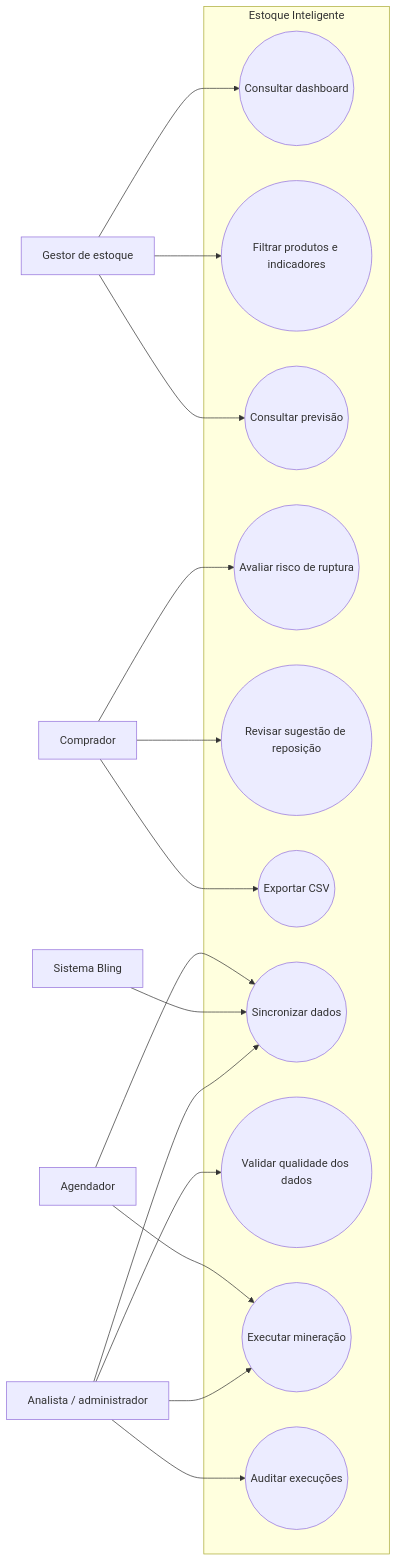
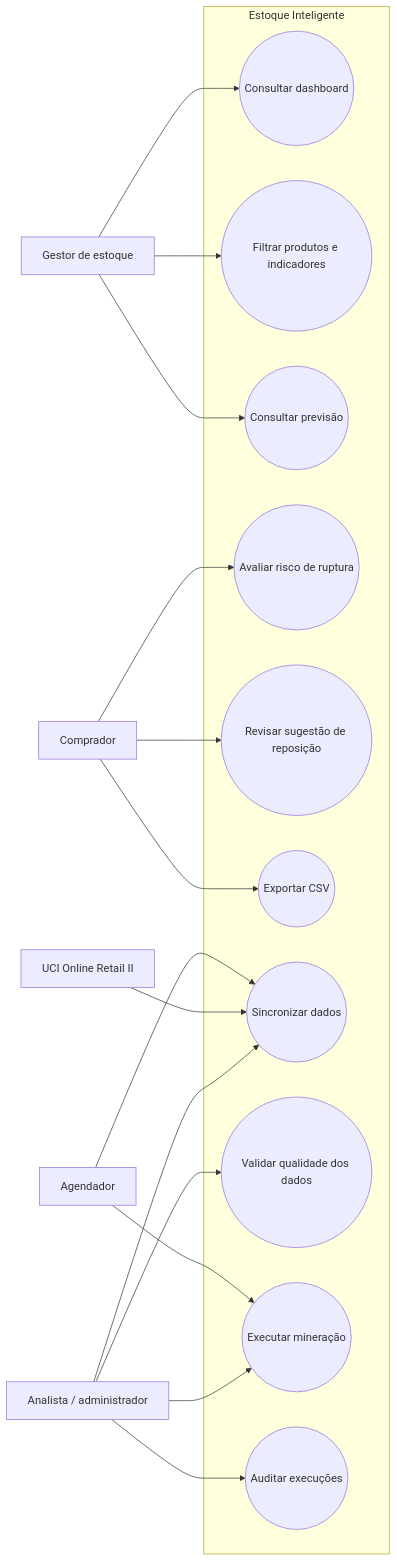
One commit to FatecFranca/DSM-G05-PI6-2026-2 changed the first of 3 diagrams in docs/02-modelagem-e-arquitetura.md. Above: the diagram before and after it, drawn with Mermaid. The commit also changed other lines of this file and 49 other files, not shown here.

Commit message:
feat(data): substitui Bling por pipeline UCI com IA e mensageria

````diff
--- a/docs/02-modelagem-e-arquitetura.md
+++ b/docs/02-modelagem-e-arquitetura.md
@@ -5,35 +5,35 @@
 ```mermaid
 flowchart LR
     gestor[Gestor de estoque]
     comprador[Comprador]
     analista[Analista / administrador]
-    bling[Sistema Bling]
+    dataset[UCI Online Retail II]
     agenda[Agendador]
 
     subgraph sistema[Estoque Inteligente]
         uc1((Consultar dashboard))
         uc2((Filtrar produtos e indicadores))
         uc3((Consultar previsão))
         uc4((Avaliar risco de ruptura))
         uc5((Revisar sugestão de reposição))
         uc6((Exportar CSV))
         uc7((Sincronizar dados))
         uc8((Validar qualidade dos dados))
         uc9((Executar mineração))
         uc10((Auditar execuções))
     end
 
     gestor --> uc1
     gestor --> uc2
     gestor --> uc3
     comprador --> uc4
     comprador --> uc5
     comprador --> uc6
     analista --> uc7
     analista --> uc8
     analista --> uc9
     analista --> uc10
-    bling --> uc7
+    dataset --> uc7
     agenda --> uc7
     agenda --> uc9
 ```
````
